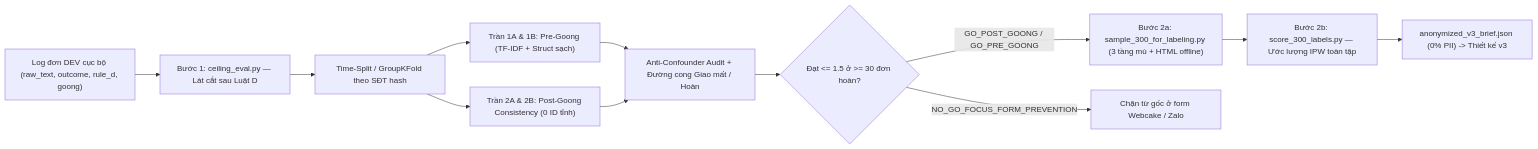
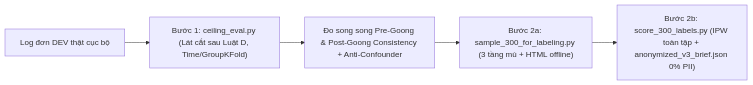
One commit to HTL2910/laya_address_vn changed the third of 3 diagrams in README.md. Above: the diagram before and after it, drawn with Mermaid. The commit also changed other lines of this file and 64 other files, not shown here.

Commit message:
feat(v3): add Telex/SymSpell 2025 converter, Post-Goong Verifier ONNX, BIO-NER INT8 Slot Parser, and Webcake Drop-in Widget

````diff
--- a/README.md
+++ b/README.md
@@ -52,14 +49,7 @@
 ```mermaid
 flowchart LR
-  DEV["Log đơn DEV cục bộ (raw_text, outcome, rule_d, goong)"] --> S1["Bước 1: ceiling_eval.py — Lát cắt sau Luật D"]
-  S1 --> CV["Time-Split / GroupKFold theo SĐT hash"]
-  CV --> M1["Trần 1A & 1B: Pre-Goong (TF-IDF + Struct sạch)"]
-  CV --> M2["Trần 2A & 2B: Post-Goong Consistency (0 ID tỉnh)"]
-  M1 --> CONF["Anti-Confounder Audit + Đường cong Giao mất / Hoàn"]
-  M2 --> CONF
-  CONF --> VERDICT{"Đạt <= 1.5 ở >= 30 đơn hoàn?"}
-  VERDICT -->|GO_POST_GOONG / GO_PRE_GOONG| S2A["Bước 2a: sample_300_for_labeling.py (3 tầng mù + HTML offline)"]
-  VERDICT -->|NO_GO_FOCUS_FORM_PREVENTION| FORM["Chặn từ gốc ở form Webcake / Zalo"]
-  S2A --> S2B["Bước 2b: score_300_labels.py — Ước lượng IPW toàn tập"]
-  S2B --> BRIEF["anonymized_v3_brief.json (0% PII) -> Thiết kế v3"]
+  DEV["Log đơn DEV thật cục bộ"] --> S1["Bước 1: ceiling_eval.py (Lát cắt sau Luật D, Time/GroupKFold)"]
+  S1 --> CURVE["Đo song song Pre-Goong & Post-Goong Consistency + Anti-Confounder"]
+  CURVE --> S2A["Bước 2a: sample_300_for_labeling.py (3 tầng mù + HTML offline)"]
+  S2A --> S2B["Bước 2b: score_300_labels.py (IPW toàn tập + anonymized_v3_brief.json 0% PII)"]
 ```
````
